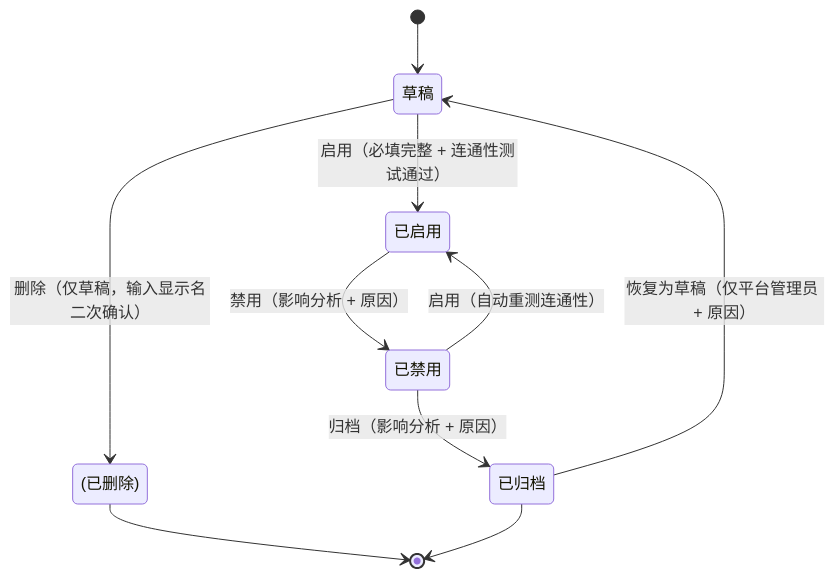
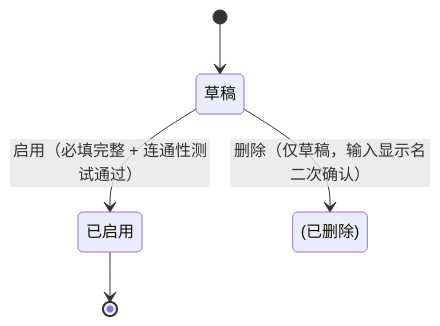
One commit to fri555/PORTL changed the fourth of 18 diagrams in docs/需求文档/20260709-【PRD】AI工作台-首页智能体-天马智擎.md. Above: the diagram before and after it, drawn with Mermaid. The commit also changed other lines of this file, not shown here.

````diff
--- a/docs/需求文档/20260709-【PRD】AI工作台-首页智能体-天马智擎.md
+++ b/docs/需求文档/20260709-【PRD】AI工作台-首页智能体-天马智擎.md
@@ -396,12 +395,7 @@
 ```mermaid
 stateDiagram-v2
     [*] --> 草稿
     草稿 --> 已启用 : 启用（必填完整 + 连通性测试通过）
     草稿 --> (已删除) : 删除（仅草稿，输入显示名二次确认）
-    已启用 --> 已禁用 : 禁用（影响分析 + 原因）
-    已禁用 --> 已启用 : 启用（自动重测连通性）
-    已禁用 --> 已归档 : 归档（影响分析 + 原因）
-    已归档 --> 草稿 : 恢复为草稿（仅平台管理员 + 原因）
-    (已删除) --> [*]
-    已归档 --> [*]
+    已启用 --> [*]
 ```
````
